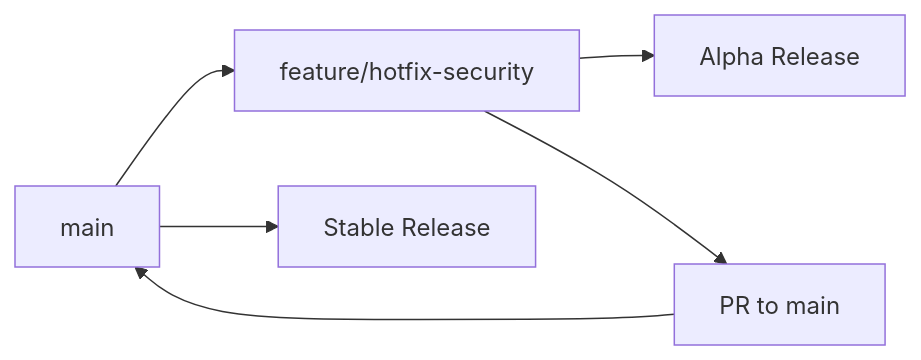
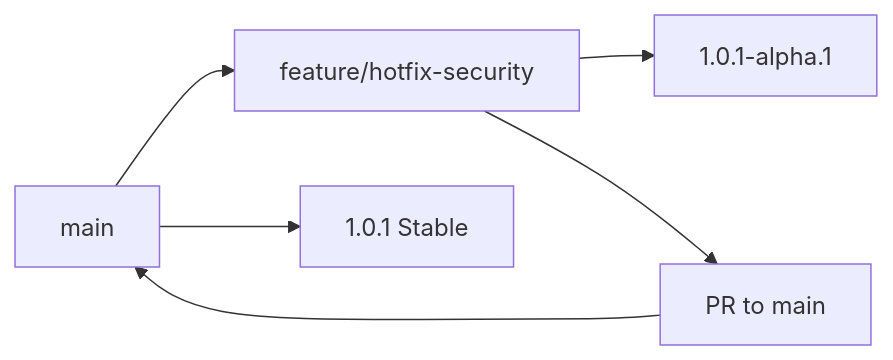
One commit to llevintza/aws-fastify-prometheus changed the third of 3 diagrams in docs/BRANCHING_STRATEGY.md. Above: the diagram before and after it, drawn with Mermaid. The commit also changed other lines of this file and 6 other files, not shown here.

````diff
--- a/docs/BRANCHING_STRATEGY.md
+++ b/docs/BRANCHING_STRATEGY.md
@@ -60,8 +556,8 @@
 ```mermaid
 graph LR
     A[main] --> B[feature/hotfix-security]
-    B --> C[Alpha Release]
+    B --> C[1.0.1-alpha.1]
     B --> D[PR to main]
     D --> A
-    A --> E[Stable Release]
+    A --> E[1.0.1 Stable]
 ```
````
